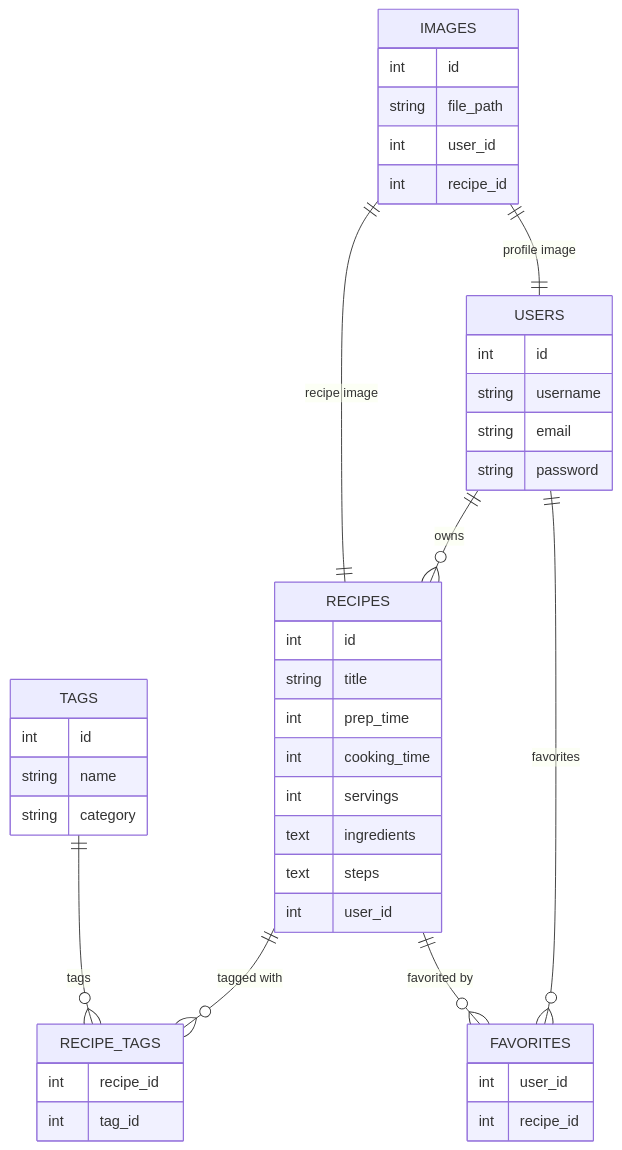
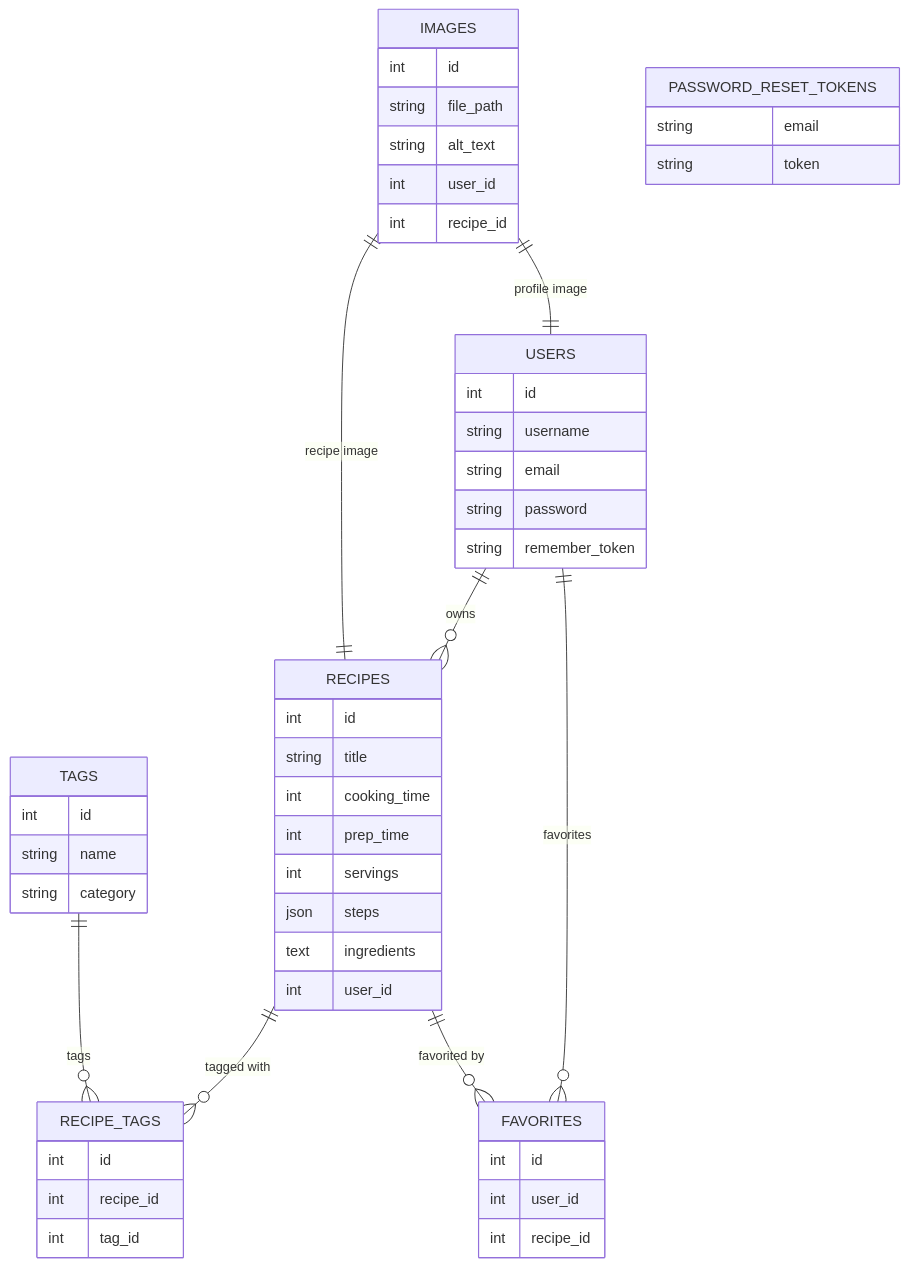
Before and after one commit to leolivi/Seasonal-Flavors: the diagram in backend/_docs/erd.mermaid, drawn with Mermaid. The commit also changed 4 other files, not shown here.

Commit message:
feat(fe-19): add sources to code and modify erd.mermaid

```diff
--- a/backend/_docs/erd.mermaid
+++ b/backend/_docs/erd.mermaid
@@ -1,50 +1,60 @@
 erDiagram
  
     USERS {
         int id
         string username
         string email
         string password
+        string remember_token
+    }
+
+    RECIPES {
+        int id              
+        string title        
+        int cooking_time    
+        int prep_time      
+        int servings       
+        json steps         
+        text ingredients   
+        int user_id         
     }
 
     FAVORITES {
+        int id
         int user_id
         int recipe_id
     }
     
-    RECIPES {
-        int id
-        string title
-        int prep_time
-        int cooking_time
-        int servings
-        text ingredients
-        text steps
-        int user_id
-    }
     
     TAGS {
         int id
         string name
         string category
     }
 
     RECIPE_TAGS {
+        int id
         int recipe_id
         int tag_id
     }
 
     IMAGES {
         int id
         string file_path
+        string alt_text
         int user_id
         int recipe_id
     }
 
-    USERS ||--o{ RECIPES : "owns"
+    PASSWORD_RESET_TOKENS{
+        string email
+        string token
+    }
+
+    USERS ||--o{ RECIPES : "owns" 
     RECIPES ||--o{ RECIPE_TAGS : "tagged with"
     TAGS ||--o{ RECIPE_TAGS : "tags"
     USERS ||--o{ FAVORITES : "favorites"
     RECIPES ||--o{ FAVORITES : "favorited by"
     IMAGES ||--|| RECIPES : "recipe image"
     IMAGES ||--|| USERS : "profile image"
```
